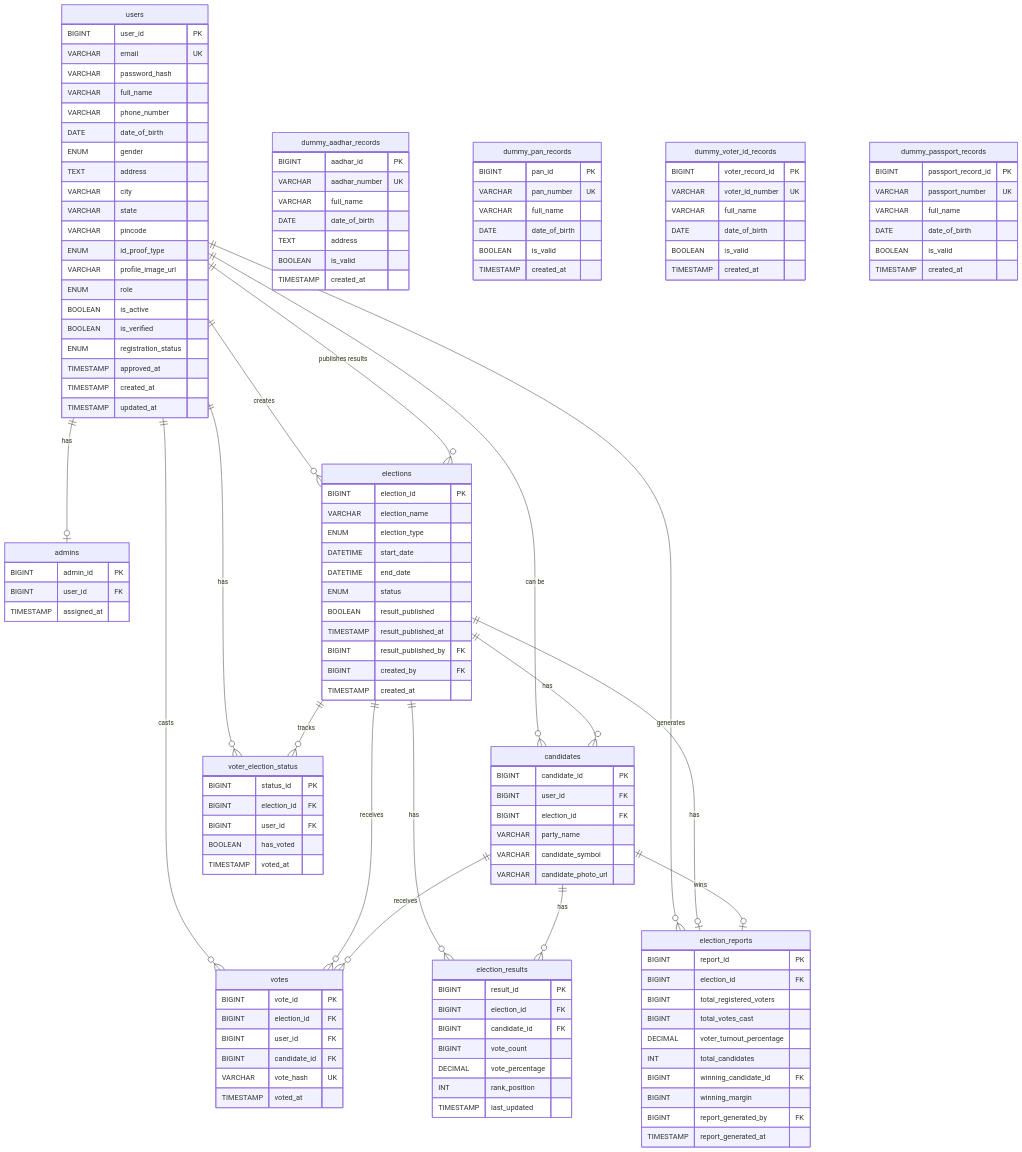
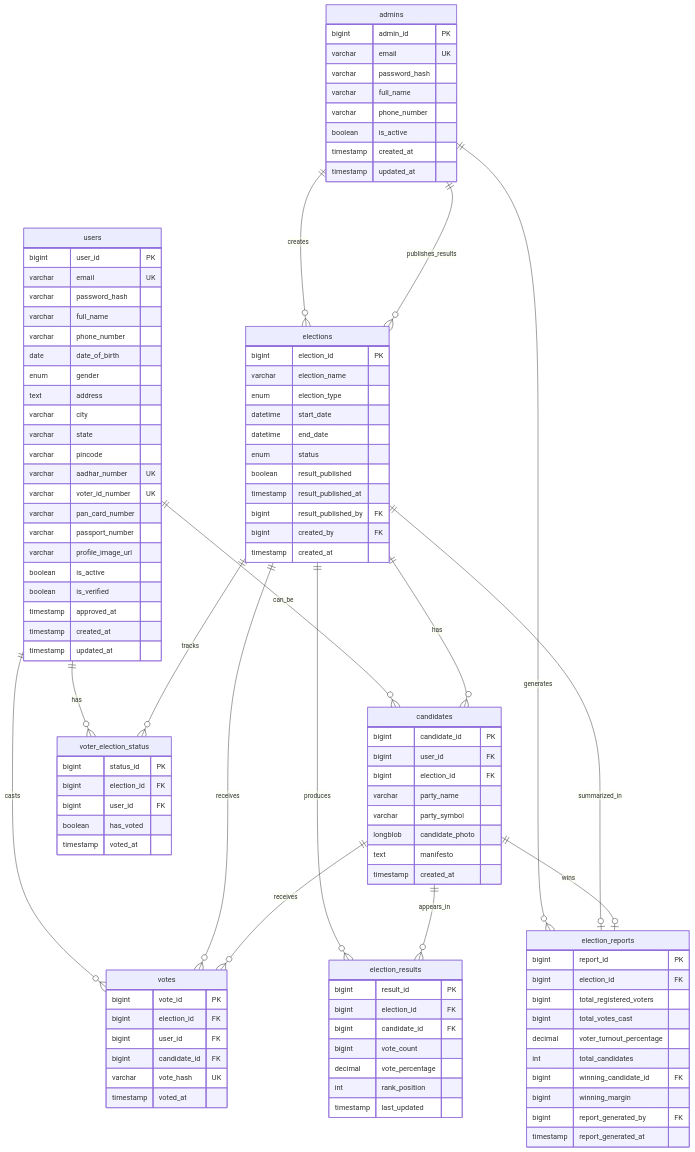
One commit to yadnyeshkolte/online-voting-system changed the diagram in _docs/database/databaseer.md. Above: the diagram before and after it, drawn with Mermaid. The commit also changed 1 other file, not shown here.

````diff
--- a/_docs/database/databaseer.md
+++ b/_docs/database/databaseer.md
@@ -15,150 +11,122 @@
 ```mermaid
-erDiagram
-    users ||--o| admins : "has"
-    users ||--o{ candidates : "can be"
+
+erDiagram    
+    admins ||--o{ elections : "creates"
+    admins ||--o{ elections : "publishes_results"
+    admins ||--o{ election_reports : "generates"
+    
+    users ||--o{ candidates : "can_be"
     users ||--o{ votes : "casts"
     users ||--o{ voter_election_status : "has"
-    users ||--o{ elections : "creates"
-    users ||--o{ elections : "publishes results"
-    users ||--o{ election_reports : "generates"
     
     elections ||--o{ candidates : "has"
     elections ||--o{ votes : "receives"
     elections ||--o{ voter_election_status : "tracks"
-    elections ||--o{ election_results : "has"
-    elections ||--o| election_reports : "has"
+    elections ||--o{ election_results : "produces"
+    elections ||--o| election_reports : "summarized_in"
     
     candidates ||--o{ votes : "receives"
-    candidates ||--o{ election_results : "has"
+    candidates ||--o{ election_results : "appears_in"
     candidates ||--o| election_reports : "wins"
     
     users {
-        BIGINT user_id PK
-        VARCHAR email UK
-        VARCHAR password_hash
-        VARCHAR full_name
-        VARCHAR phone_number
-        DATE date_of_birth
-        ENUM gender
-        TEXT address
-        VARCHAR city
-        VARCHAR state
-        VARCHAR pincode
-        ENUM id_proof_type
-        VARCHAR profile_image_url
-        ENUM role
-        BOOLEAN is_active
-        BOOLEAN is_verified
-        ENUM registration_status
-        TIMESTAMP approved_at
-        TIMESTAMP created_at
-        TIMESTAMP updated_at
+        bigint user_id PK
+        varchar email UK
+        varchar password_hash
+        varchar full_name
+        varchar phone_number
+        date date_of_birth
+        enum gender
+        text address
+        varchar city
+        varchar state
+        varchar pincode
+        varchar aadhar_number UK
+        varchar voter_id_number UK
+        varchar pan_card_number
+        varchar passport_number
+        varchar profile_image_url
+        boolean is_active
+        boolean is_verified
+        timestamp approved_at
+        timestamp created_at
+        timestamp updated_at
     }
     
     admins {
-        BIGINT admin_id PK
-        BIGINT user_id FK
-        TIMESTAMP assigned_at
+        bigint admin_id PK
+        varchar email UK
+        varchar password_hash
+        varchar full_name
+        varchar phone_number
+        boolean is_active
+        timestamp created_at
+        timestamp updated_at
     }
     
     elections {
-        BIGINT election_id PK
-        VARCHAR election_name
-        ENUM election_type
-        DATETIME start_date
-        DATETIME end_date
-        ENUM status
-        BOOLEAN result_published
-        TIMESTAMP result_published_at
-        BIGINT result_published_by FK
-        BIGINT created_by FK
-        TIMESTAMP created_at
+        bigint election_id PK
+        varchar election_name
+        enum election_type
+        datetime start_date
+        datetime end_date
+        enum status
+        boolean result_published
+        timestamp result_published_at
+        bigint result_published_by FK
+        bigint created_by FK
+        timestamp created_at
     }
     
     candidates {
-        BIGINT candidate_id PK
-        BIGINT user_id FK
-        BIGINT election_id FK
-        VARCHAR party_name
-        VARCHAR candidate_symbol
-        VARCHAR candidate_photo_url
+        bigint candidate_id PK
+        bigint user_id FK
+        bigint election_id FK
+        varchar party_name
+        varchar party_symbol
+        longblob candidate_photo
+        text manifesto
+        timestamp created_at
     }
     
     votes {
-        BIGINT vote_id PK
-        BIGINT election_id FK
-        BIGINT user_id FK
-        BIGINT candidate_id FK
-        VARCHAR vote_hash UK
-        TIMESTAMP voted_at
+        bigint vote_id PK
+        bigint election_id FK
+        bigint user_id FK
+        bigint candidate_id FK
+        varchar vote_hash UK
+        timestamp voted_at
     }
     
     voter_election_status {
-        BIGINT status_id PK
-        BIGINT election_id FK
-        BIGINT user_id FK
-        BOOLEAN has_voted
-        TIMESTAMP voted_at
+        bigint status_id PK
+        bigint election_id FK
+        bigint user_id FK
+        boolean has_voted
+        timestamp voted_at
     }
     
     election_results {
-        BIGINT result_id PK
-        BIGINT election_id FK
-        BIGINT candidate_id FK
-        BIGINT vote_count
-        DECIMAL vote_percentage
-        INT rank_position
-        TIMESTAMP last_updated
+        bigint result_id PK
+        bigint election_id FK
+        bigint candidate_id FK
+        bigint vote_count
+        decimal vote_percentage
+        int rank_position
+        timestamp last_updated
     }
     
     election_reports {
-        BIGINT report_id PK
-        BIGINT election_id FK
-        BIGINT total_registered_voters
-        BIGINT total_votes_cast
-        DECIMAL voter_turnout_percentage
-        INT total_candidates
-        BIGINT winning_candidate_id FK
-        BIGINT winning_margin
-        BIGINT report_generated_by FK
-        TIMESTAMP report_generated_at
-    }
-    
-    dummy_aadhar_records {
-        BIGINT aadhar_id PK
-        VARCHAR aadhar_number UK
-        VARCHAR full_name
-        DATE date_of_birth
-        TEXT address
-        BOOLEAN is_valid
-        TIMESTAMP created_at
-    }
-    
-    dummy_pan_records {
-        BIGINT pan_id PK
-        VARCHAR pan_number UK
-        VARCHAR full_name
-        DATE date_of_birth
-        BOOLEAN is_valid
-        TIMESTAMP created_at
-    }
-    
-    dummy_voter_id_records {
-        BIGINT voter_record_id PK
-        VARCHAR voter_id_number UK
-        VARCHAR full_name
-        DATE date_of_birth
-        BOOLEAN is_valid
-        TIMESTAMP created_at
-    }
-    
-    dummy_passport_records {
-        BIGINT passport_record_id PK
-        VARCHAR passport_number UK
-        VARCHAR full_name
-        DATE date_of_birth
-        BOOLEAN is_valid
-        TIMESTAMP created_at
+        bigint report_id PK
+        bigint election_id FK
+        bigint total_registered_voters
+        bigint total_votes_cast
+        decimal voter_turnout_percentage
+        int total_candidates
+        bigint winning_candidate_id FK
+        bigint winning_margin
+        bigint report_generated_by FK
+        timestamp report_generated_at
     }
 
 ```
````
